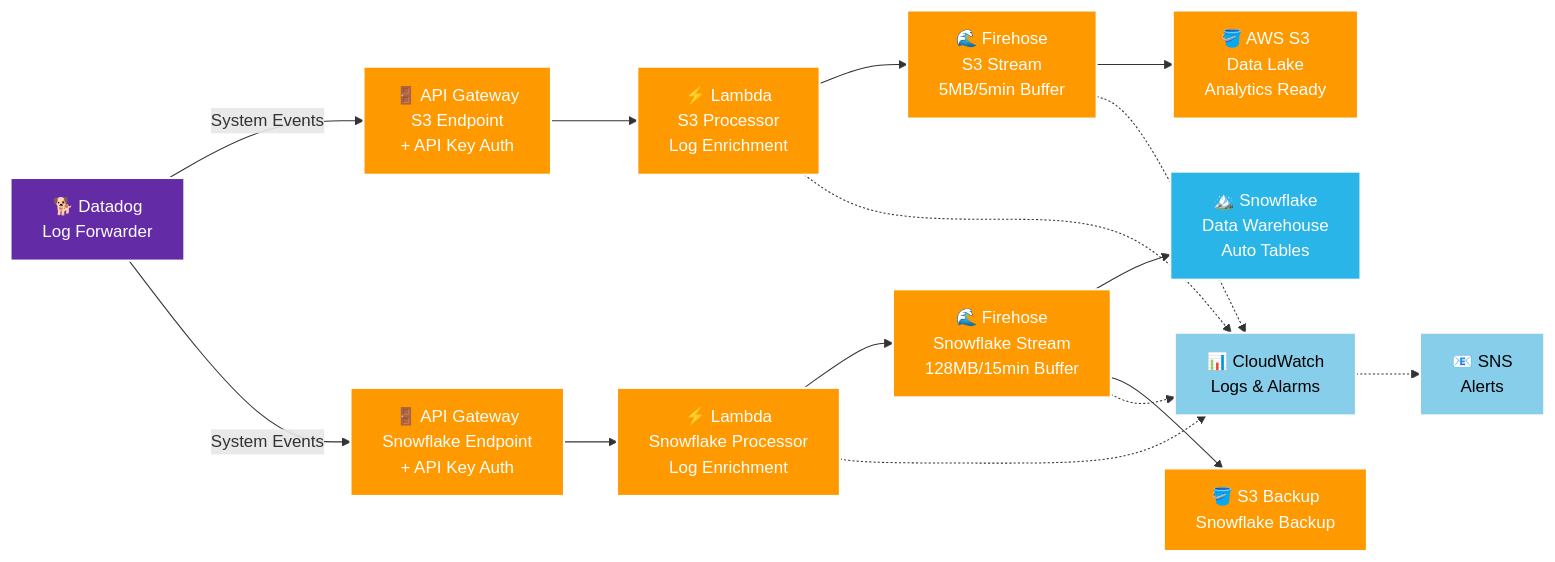
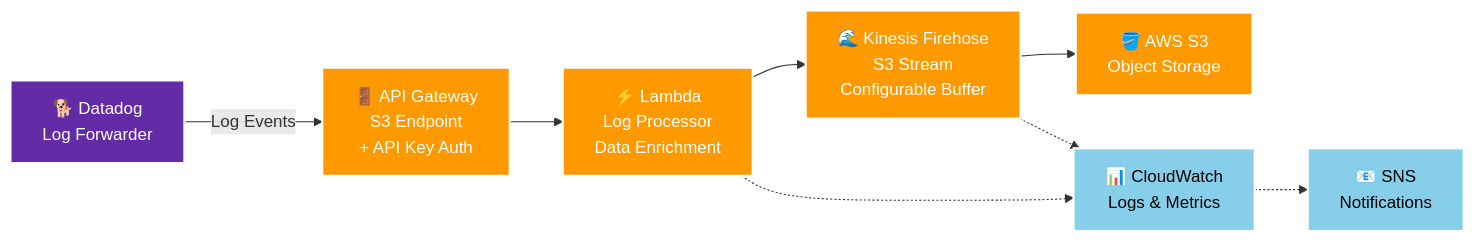
The first of 2 diagrams in aws-datadog-logs/README.md (entechlog/aws-examples), drawn with Mermaid before and after one commit. The commit also changed other lines of this file and 12 other files, not shown here.

Commit message:
changes to update the log retention for lambda and firehose logs (#26)

````diff
--- a/aws-datadog-logs/README.md
+++ b/aws-datadog-logs/README.md
@@ -33,57 +35,41 @@
 ```mermaid
 graph LR
     %% Datadog Source
     DD[🐕 Datadog<br/>Log Forwarder]
     
     %% API Gateway Layer
     API_S3[🚪 API Gateway<br/>S3 Endpoint<br/>+ API Key Auth]
-    API_SF[🚪 API Gateway<br/>Snowflake Endpoint<br/>+ API Key Auth]
     
     %% Lambda Processing Layer
-    LAMBDA_S3[⚡ Lambda<br/>S3 Processor<br/>Log Enrichment]
-    LAMBDA_SF[⚡ Lambda<br/>Snowflake Processor<br/>Log Enrichment]
+    LAMBDA_S3[⚡ Lambda<br/>Log Processor<br/>Data Enrichment]
     
     %% Firehose Streaming Layer
-    FH_S3[🌊 Firehose<br/>S3 Stream<br/>5MB/5min Buffer]
-    FH_SF[🌊 Firehose<br/>Snowflake Stream<br/>128MB/15min Buffer]
+    FH_S3[🌊 Kinesis Firehose<br/>S3 Stream<br/>Configurable Buffer]
     
-    %% Destinations
-    S3[🪣 AWS S3<br/>Data Lake<br/>Analytics Ready]
-    SF[🏔️ Snowflake<br/>Data Warehouse<br/>Auto Tables]
-    S3_BACKUP[🪣 S3 Backup<br/>Snowflake Backup]
+    %% Destination
+    S3[🪣 AWS S3<br/>Object Storage]
     
     %% Monitoring
-    CW[📊 CloudWatch<br/>Logs & Alarms]
-    SNS[📧 SNS<br/>Alerts]
+    CW[📊 CloudWatch<br/>Logs & Metrics]
+    SNS[📧 SNS<br/>Notifications]
     
     %% Main Flow - S3 Pipeline
-    DD -->|System Events| API_S3
+    DD -->|Log Events| API_S3
     API_S3 --> LAMBDA_S3
     LAMBDA_S3 --> FH_S3
     FH_S3 --> S3
     
-    %% Main Flow - Snowflake Pipeline  
-    DD -->|System Events| API_SF
-    API_SF --> LAMBDA_SF
-    LAMBDA_SF --> FH_SF
-    FH_SF --> SF
-    FH_SF --> S3_BACKUP
-    
     %% Monitoring Connections
     LAMBDA_S3 -.-> CW
-    LAMBDA_SF -.-> CW
     FH_S3 -.-> CW
-    FH_SF -.-> CW
     CW -.-> SNS
     
     %% Styling
     classDef datadog fill:#632ca6,stroke:#fff,stroke-width:2px,color:#fff
     classDef aws fill:#ff9900,stroke:#fff,stroke-width:2px,color:#fff
-    classDef snowflake fill:#29b5e8,stroke:#fff,stroke-width:2px,color:#fff
     classDef monitoring fill:#87ceeb,stroke:#fff,stroke-width:2px,color:#000
     
     class DD datadog
-    class API_S3,API_SF,LAMBDA_S3,LAMBDA_SF,FH_S3,FH_SF,S3,S3_BACKUP aws
-    class SF snowflake
+    class API_S3,LAMBDA_S3,FH_S3,S3 aws
     class CW,SNS monitoring
 ```
````
